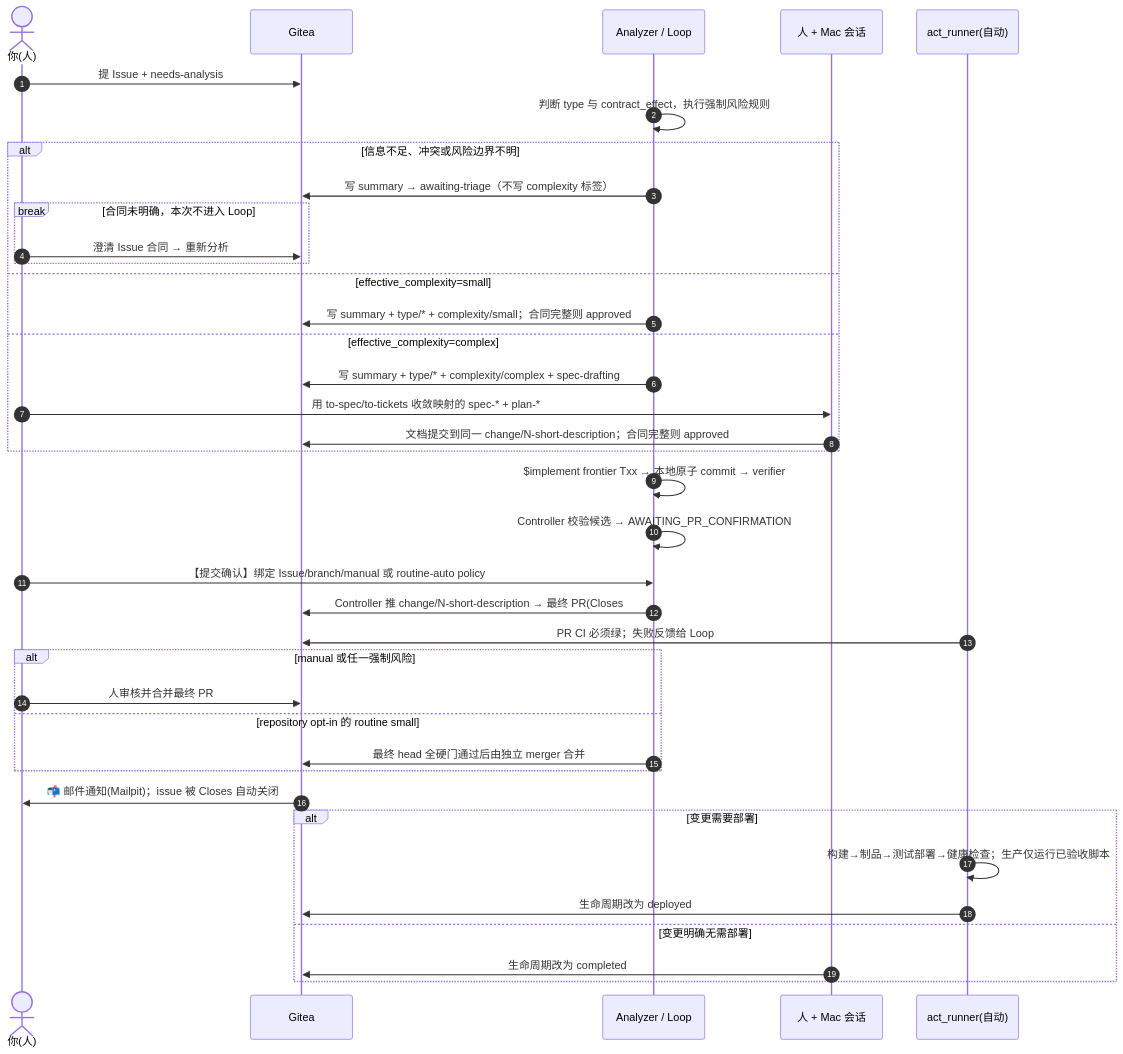
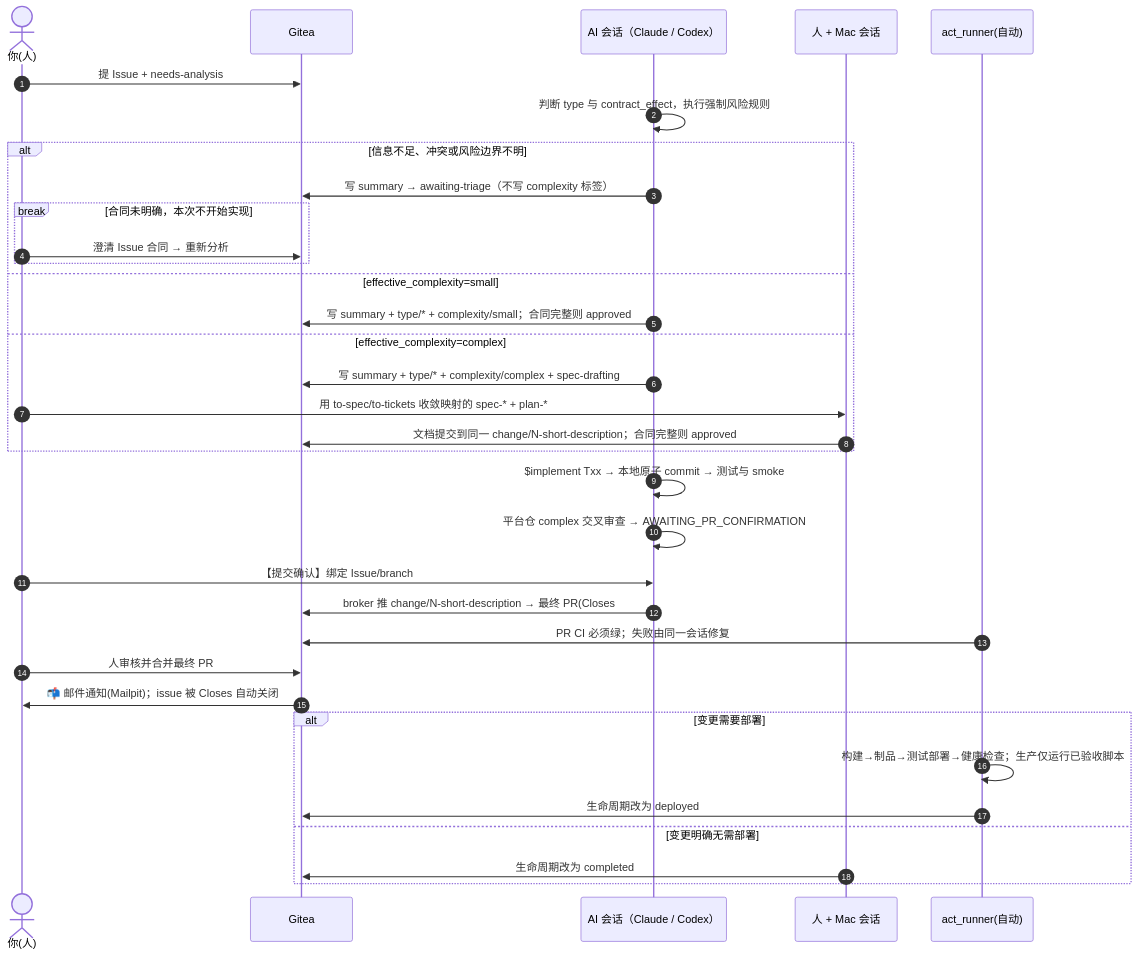
One commit to BenQue/AIGitea changed the second of 2 diagrams in README.md. Above: the diagram before and after it, drawn with Mermaid. The commit also changed other lines of this file and 27 other files, not shown here.

````diff
--- a/README.md
+++ b/README.md
@@ -111,41 +109,37 @@
 ```mermaid
 sequenceDiagram
     autonumber
     actor U as 你(人)
     participant G as Gitea
-    participant A as Analyzer / Loop
+    participant A as AI 会话（Claude / Codex）
     participant M as 人 + Mac 会话
     participant R as act_runner(自动)
 
     U->>G: 提 Issue + needs-analysis
     A->>A: 判断 type 与 contract_effect，执行强制风险规则
     alt 信息不足、冲突或风险边界不明
         A->>G: 写 summary → awaiting-triage（不写 complexity 标签）
-        break 合同未明确，本次不进入 Loop
+        break 合同未明确，本次不开始实现
             U->>G: 澄清 Issue 合同 → 重新分析
         end
     else effective_complexity=small
         A->>G: 写 summary + type/* + complexity/small；合同完整则 approved
     else effective_complexity=complex
         A->>G: 写 summary + type/* + complexity/complex + spec-drafting
         U->>M: 用 to-spec/to-tickets 收敛映射的 spec-* + plan-*
         M->>G: 文档提交到同一 change/N-short-description；合同完整则 approved
     end
-    A->>A: $implement frontier Txx → 本地原子 commit → verifier
-    A->>A: Controller 校验候选 → AWAITING_PR_CONFIRMATION
-    U->>A: 【提交确认】绑定 Issue/branch/manual 或 routine-auto policy
-    A->>G: Controller 推 change/N-short-description → 最终 PR(Closes #N) → pr-open
-    R->>G: PR CI 必须绿；失败反馈给 Loop
-    alt manual 或任一强制风险
-        U->>G: 人审核并合并最终 PR
-    else repository opt-in 的 routine small
-        A->>G: 最终 head 全硬门通过后由独立 merger 合并
-    end
+    A->>A: $implement Txx → 本地原子 commit → 测试与 smoke
+    A->>A: 平台仓 complex 交叉审查 → AWAITING_PR_CONFIRMATION
+    U->>A: 【提交确认】绑定 Issue/branch
+    A->>G: broker 推 change/N-short-description → 最终 PR(Closes #N) → pr-open
+    R->>G: PR CI 必须绿；失败由同一会话修复
+    U->>G: 人审核并合并最终 PR
     G->>U: 📬 邮件通知(Mailpit)；issue 被 Closes 自动关闭
     alt 变更需要部署
         R->>R: 构建→制品→测试部署→健康检查；生产仅运行已验收脚本
         R->>G: 生命周期改为 deployed
     else 变更明确无需部署
         M->>G: 生命周期改为 completed
     end
 ```
````
